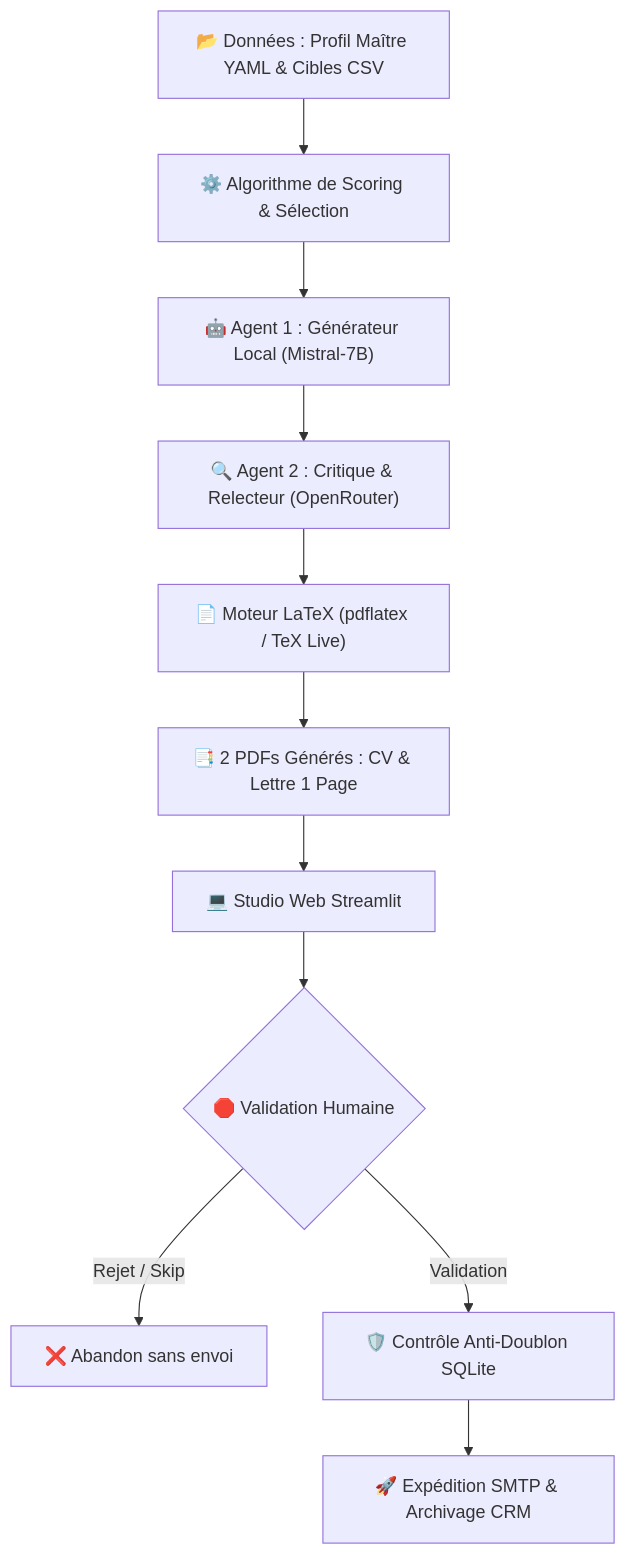
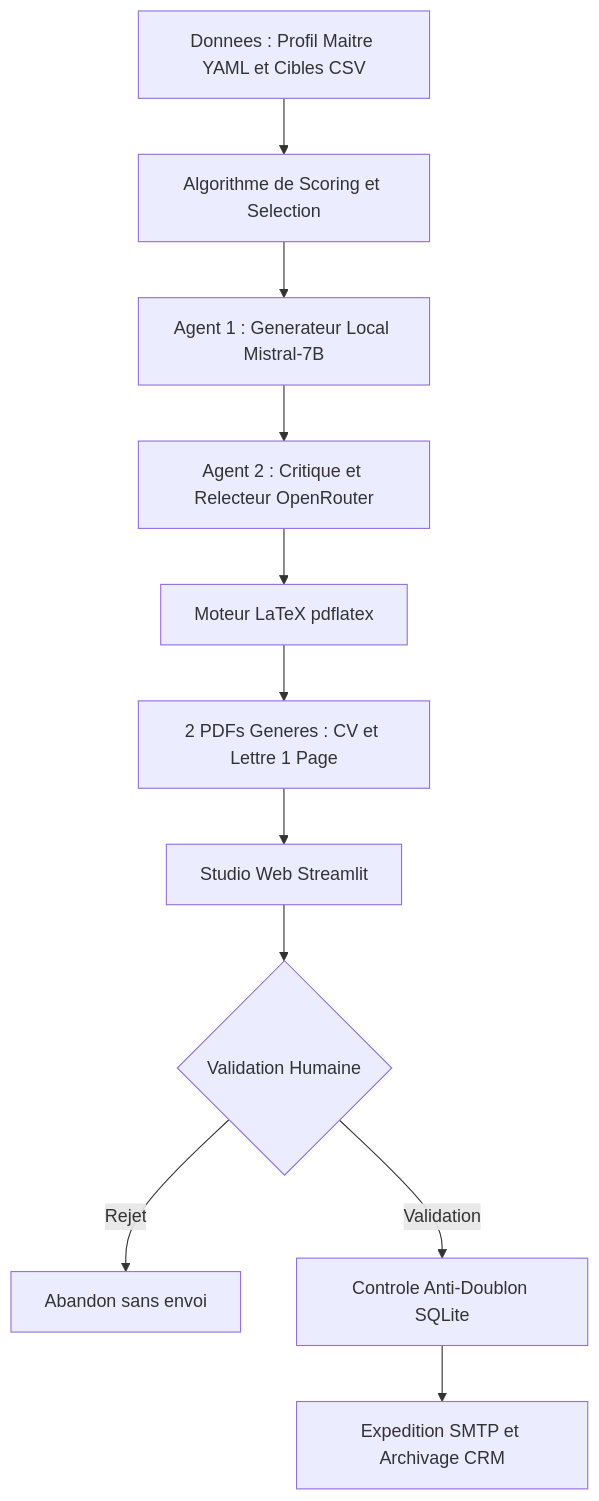
Before and after one commit to ssalmarezgui/job-hunter-agent: the diagram in README.md, drawn with Mermaid.

Commit message:
fix: use standard sqlite3 import

````diff
--- a/README.md
+++ b/README.md
@@ -17,13 +17,13 @@
 ```mermaid
 flowchart TD
-    A["📂 Données : Profil Maître YAML & Cibles CSV"] --> B["⚙️ Algorithme de Scoring & Sélection"]
-    B --> C["🤖 Agent 1 : Générateur Local (Mistral-7B)"]
-    C --> D["🔍 Agent 2 : Critique & Relecteur (OpenRouter)"]
-    D --> E["📄 Moteur LaTeX (pdflatex / TeX Live)"]
-    E --> F["📑 2 PDFs Générés : CV & Lettre 1 Page"]
-    F --> G["💻 Studio Web Streamlit"]
-    G --> H{"🛑 Validation Humaine"}
-    H -->|Rejet / Skip| I["❌ Abandon sans envoi"]
-    H -->|Validation| J["🛡️ Contrôle Anti-Doublon SQLite"]
-    J --> K["🚀 Expédition SMTP & Archivage CRM"]
+    A["Donnees : Profil Maitre YAML et Cibles CSV"] --> B["Algorithme de Scoring et Selection"]
+    B --> C["Agent 1 : Generateur Local Mistral-7B"]
+    C --> D["Agent 2 : Critique et Relecteur OpenRouter"]
+    D --> E["Moteur LaTeX pdflatex"]
+    E --> F["2 PDFs Generes : CV et Lettre 1 Page"]
+    F --> G["Studio Web Streamlit"]
+    G --> H{"Validation Humaine"}
+    H -->|Rejet| I["Abandon sans envoi"]
+    H -->|Validation| J["Controle Anti-Doublon SQLite"]
+    J --> K["Expedition SMTP et Archivage CRM"]
 ```
````
